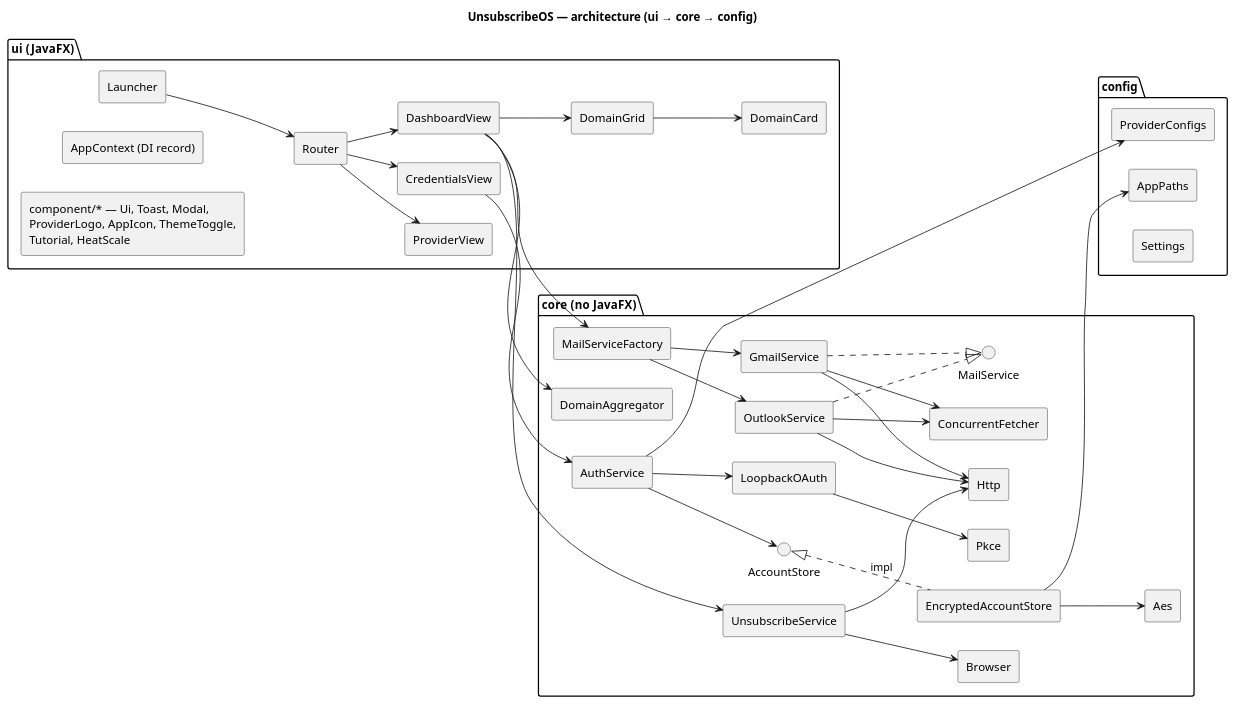
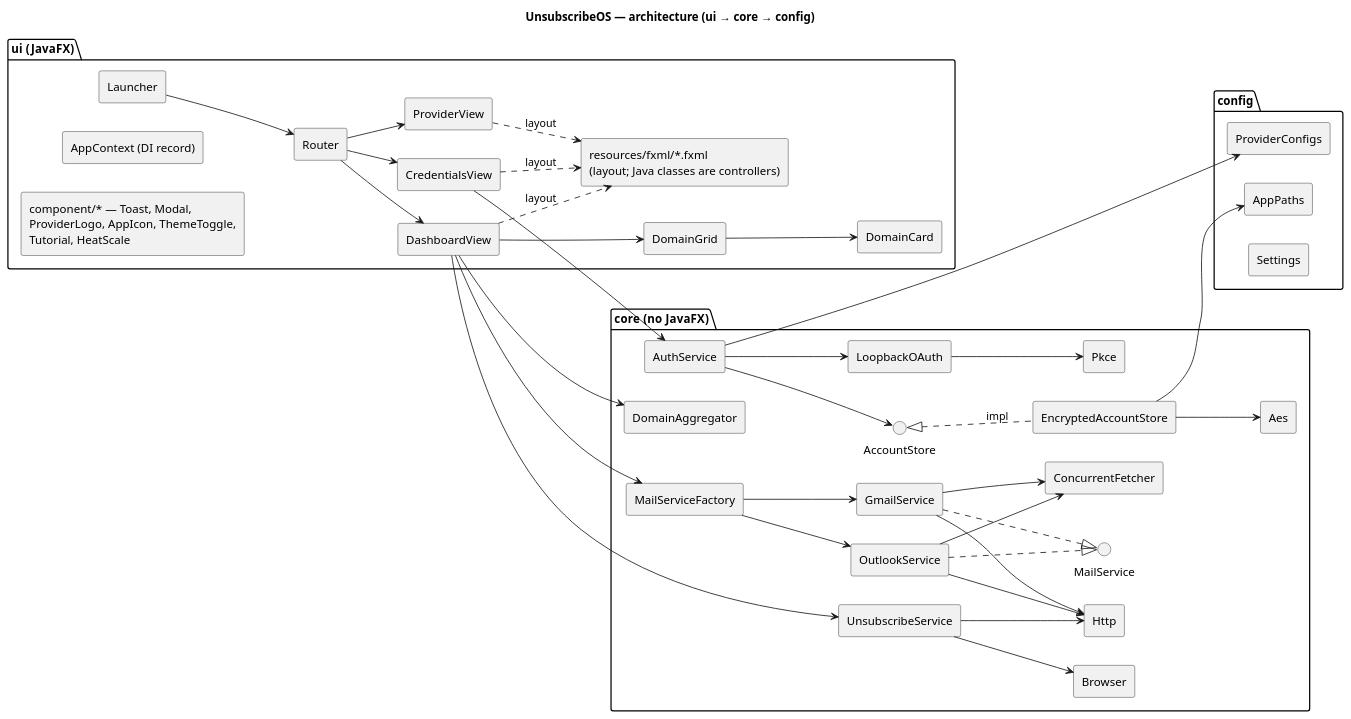
Before and after one commit to mariusdotspinu/UnsubscribeOS: the diagram in docs/architecture.puml, drawn with PlantUML. The commit also changed 28 other files, not shown here.

First line of the commit message:
ui: move all JavaFX layout into FXML; Java classes become controllers

```diff
--- a/docs/architecture.puml
+++ b/docs/architecture.puml
@@ -1,72 +1,76 @@
 @startuml architecture
 title UnsubscribeOS — architecture (ui → core → config)
 skinparam componentStyle rectangle
 skinparam shadowing false
 left to right direction
 
 package "ui  (JavaFX)" {
   component Launcher
   component Router
   component ProviderView
   component CredentialsView
   component DashboardView
   component DomainGrid
   component DomainCard
   component "AppContext (DI record)" as AppContext
-  component "component/* — Ui, Toast, Modal,\nProviderLogo, AppIcon, ThemeToggle,\nTutorial, HeatScale" as UIComponents
+  component "component/* — Toast, Modal,\nProviderLogo, AppIcon, ThemeToggle,\nTutorial, HeatScale" as UIComponents
+  component "resources/fxml/*.fxml\n(layout; Java classes are controllers)" as Fxml
 }
 
 package "core  (no JavaFX)" {
   component AuthService
   interface AccountStore
   component EncryptedAccountStore
   component Aes
   component Pkce
   component LoopbackOAuth
   interface MailService
   component MailServiceFactory
   component GmailService
   component OutlookService
   component ConcurrentFetcher
   component DomainAggregator
   component UnsubscribeService
   component Http
   component Browser
 }
 
 package "config" {
   component ProviderConfigs
   component AppPaths
   component Settings
 }
 
 Launcher --> Router
 Router --> ProviderView
 Router --> CredentialsView
 Router --> DashboardView
 DashboardView --> DomainGrid
 DomainGrid --> DomainCard
+ProviderView ..> Fxml : layout
+CredentialsView ..> Fxml : layout
+DashboardView ..> Fxml : layout
 
 AuthService --> AccountStore
 AuthService --> LoopbackOAuth
 LoopbackOAuth --> Pkce
 AccountStore <|.. EncryptedAccountStore : impl
 EncryptedAccountStore --> Aes
 MailServiceFactory --> GmailService
 MailServiceFactory --> OutlookService
 GmailService ..|> MailService
 OutlookService ..|> MailService
 GmailService --> ConcurrentFetcher
 OutlookService --> ConcurrentFetcher
 GmailService --> Http
 OutlookService --> Http
 UnsubscribeService --> Http
 UnsubscribeService --> Browser
 
 DashboardView --> MailServiceFactory
 DashboardView --> DomainAggregator
 CredentialsView --> AuthService
 DashboardView --> UnsubscribeService
 AuthService --> ProviderConfigs
 EncryptedAccountStore --> AppPaths
 @enduml
```
